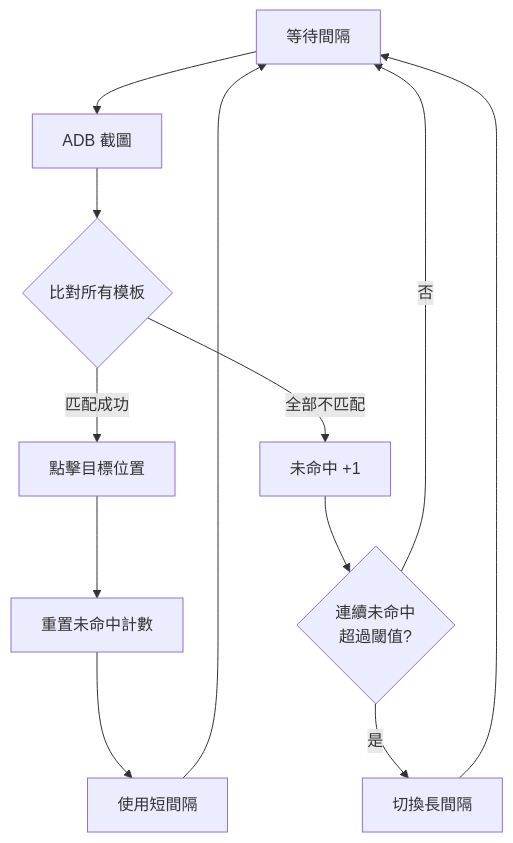
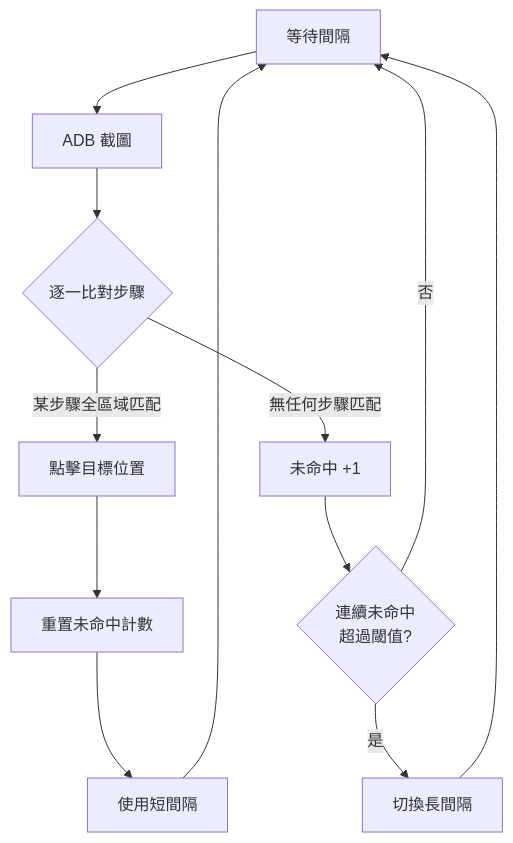
The diagram in README.md (ccc1348/sbss), drawn with Mermaid before and after one commit.

Commit message:
Fix workflow diagram: all regions must match

````diff
--- a/README.md
+++ b/README.md
@@ -5,14 +5,14 @@
 ```mermaid
 flowchart TD
     A[等待間隔] --> B[ADB 截圖]
-    B --> C{比對所有模板}
-    C -->|匹配成功| D[點擊目標位置]
+    B --> C{逐一比對步驟}
+    C -->|某步驟全區域匹配| D[點擊目標位置]
     D --> E[重置未命中計數]
     E --> F[使用短間隔]
     F --> A
-    C -->|全部不匹配| G[未命中 +1]
+    C -->|無任何步驟匹配| G[未命中 +1]
     G --> H{連續未命中<br>超過閾值?}
     H -->|是| I[切換長間隔]
     H -->|否| A
     I --> A
 ```
````
